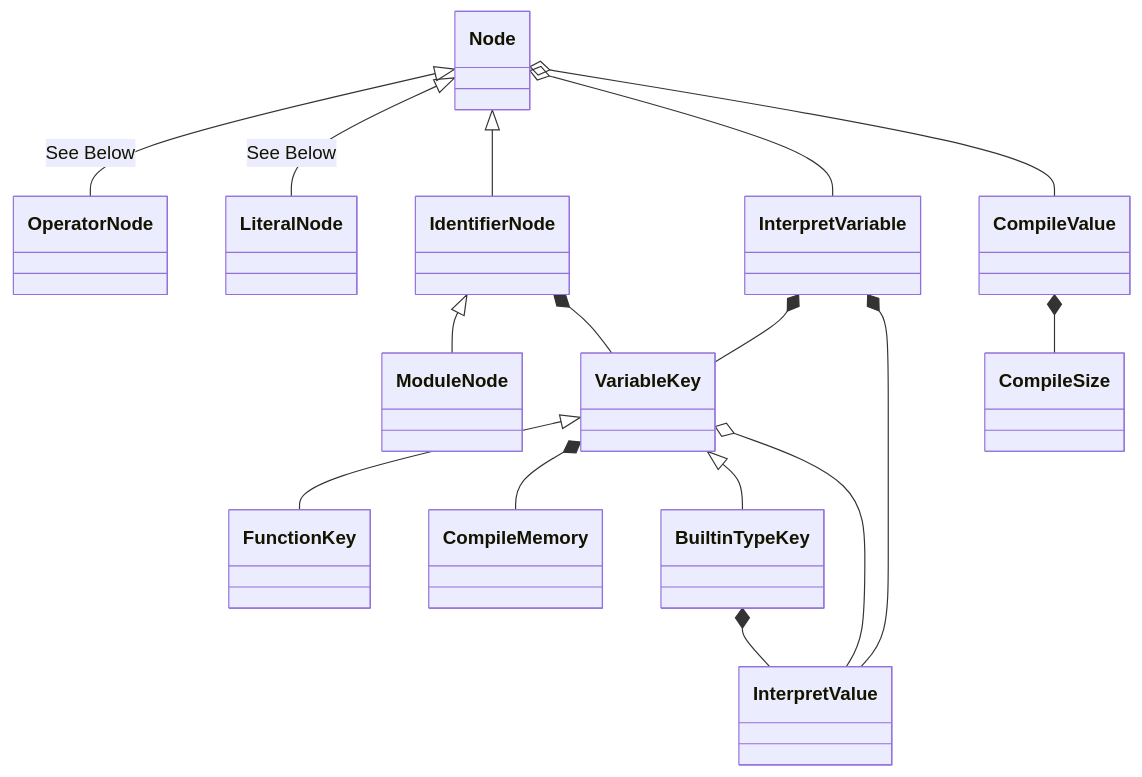
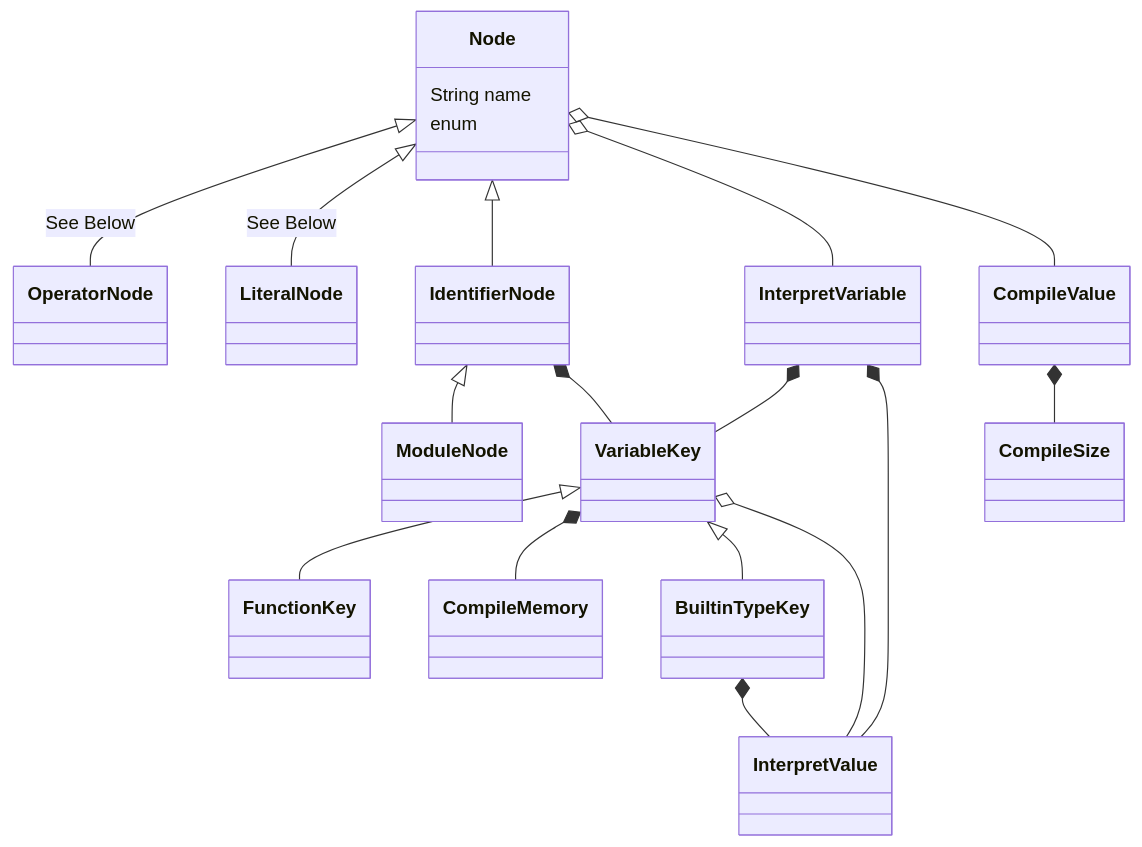
Before and after one commit to Jzhyang1/Monomer: the first of 4 diagrams in README.md, drawn with Mermaid. The commit also changed other lines of this file, not shown here.

````diff
--- a/README.md
+++ b/README.md
@@ -239,20 +239,21 @@
 ```mermaid
 classDiagram
 Node <|-- OperatorNode: See Below
 Node <|-- LiteralNode: See Below
 Node <|-- IdentifierNode
 Node o-- InterpretVariable
 IdentifierNode <|-- ModuleNode
 IdentifierNode *-- VariableKey
 VariableKey <|-- FunctionKey
 VariableKey *-- CompileMemory
 VariableKey <|-- BuiltinTypeKey
 BuiltinTypeKey *-- InterpretValue
 VariableKey o-- InterpretValue
 InterpretVariable *-- VariableKey
 CompileValue *-- CompileSize
 Node o-- CompileValue
 InterpretVariable *-- InterpretValue
 
-
+Node: String name
+Node: enum 
 ```
````
